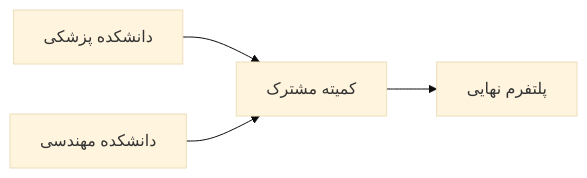
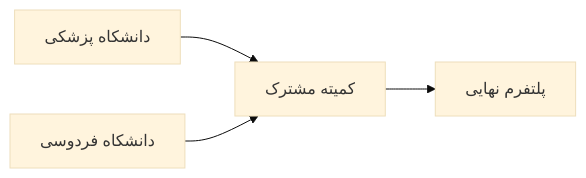
The tenth of 12 diagrams in presentation/DataBase_MediacalUniversity.md (hadisadoghiyazdi1971/hadisadoghiyazdi1971.github.io), drawn with Mermaid (base theme) before and after one commit. The commit also changed other lines of this file, not shown here.

````diff
--- a/presentation/DataBase_MediacalUniversity.md
+++ b/presentation/DataBase_MediacalUniversity.md
@@ -720,6 +602,6 @@
 ```mermaid
 flowchart LR
-    M["دانشکده پزشکی"] --> C["کمیته مشترک"]
-    E["دانشکده مهندسی"] --> C
+    M["دانشکاه پزشکی"] --> C["کمیته مشترک"]
+    E["دانشکاه فردوسی"] --> C
     C --> P["پلتفرم نهایی"]
 ```
````
